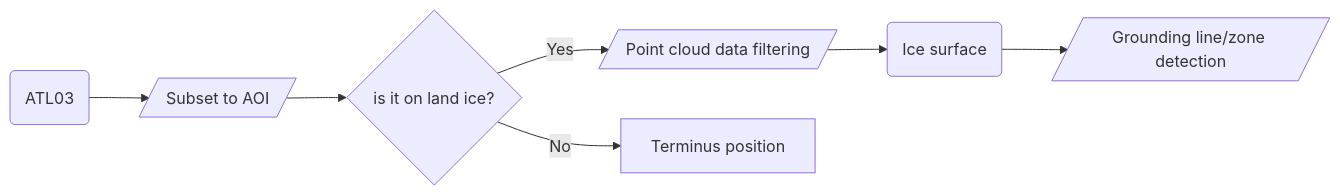
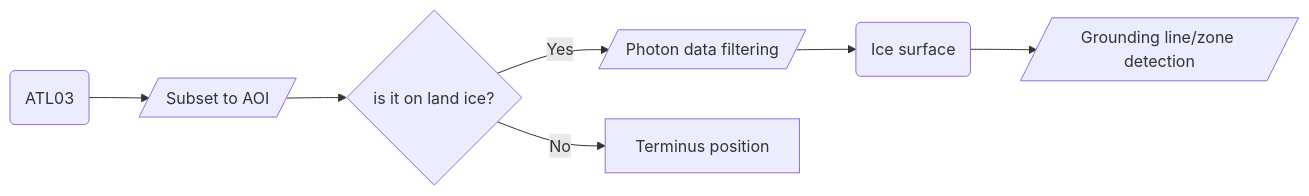
Before and after one commit to ICESAT-2HackWeek/GroundingLine-Greenland: the second of 2 diagrams in README.md, drawn with Mermaid. The commit also changed other lines of this file, not shown here.

````diff
--- a/README.md
+++ b/README.md
@@ -73,9 +73,9 @@
 ```mermaid
 graph LR;
     A(ATL03)-->B[/Subset to AOI/];
     B-->C{is it on land ice?};
-    C-->|Yes| D[/Point cloud data filtering/];
+    C-->|Yes| D[/Photon data filtering/];
     C-->|No| E[Terminus position];
     D-->F(Ice surface);
     F-->G[/Grounding line/zone detection/]
 ```
````
